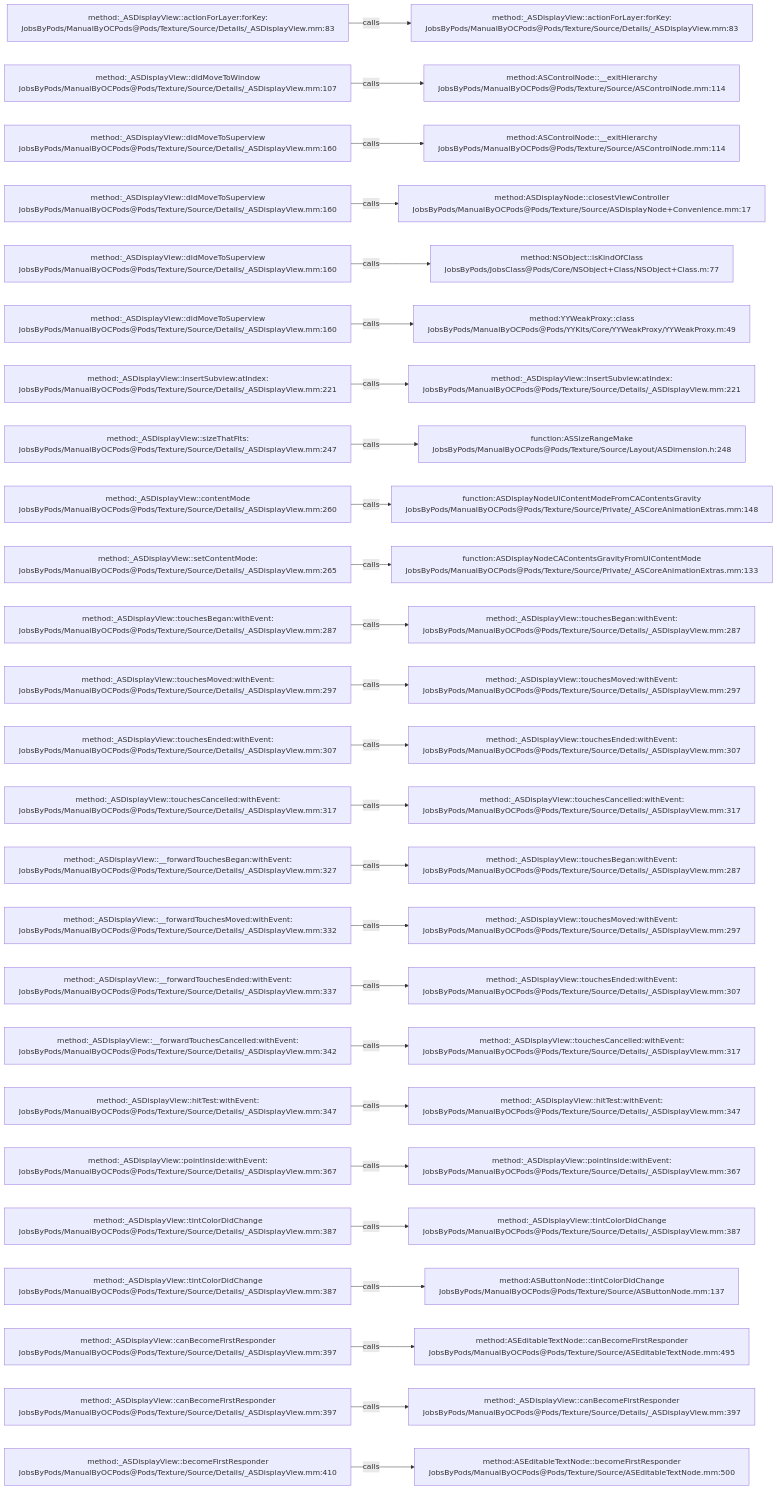
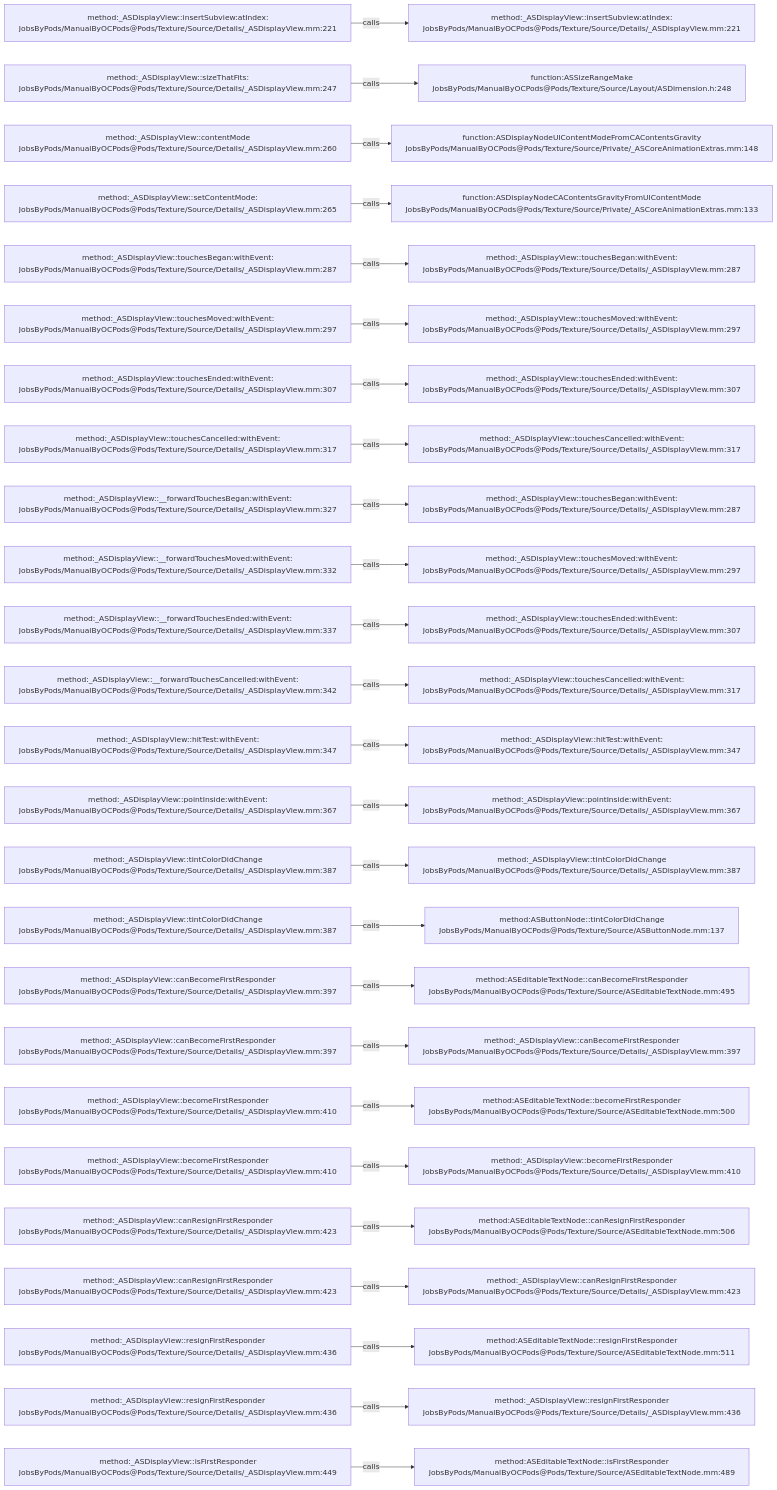
Before and after one commit to JobsKits/JobsOCBaseConfigDemo: the diagram in .codegraph/codegraph.md/graphs/calls-164.md, drawn with Mermaid. The commit also changed 666 other files, not shown here.

````diff
--- a/.codegraph/codegraph.md/graphs/calls-164.md
+++ b/.codegraph/codegraph.md/graphs/calls-164.md
@@ -13,78 +13,78 @@
 ```mermaid
 flowchart LR
-  S1["method:_ASDisplayView::actionForLayer:forKey:<br/>JobsByPods/ManualByOCPods@Pods/Texture/Source/Details/_ASDisplayView.mm:83"]
-  T1["method:_ASDisplayView::actionForLayer:forKey:<br/>JobsByPods/ManualByOCPods@Pods/Texture/Source/Details/_ASDisplayView.mm:83"]
+  S1["method:_ASDisplayView::insertSubview:atIndex:<br/>JobsByPods/ManualByOCPods@Pods/Texture/Source/Details/_ASDisplayView.mm:221"]
+  T1["method:_ASDisplayView::insertSubview:atIndex:<br/>JobsByPods/ManualByOCPods@Pods/Texture/Source/Details/_ASDisplayView.mm:221"]
   S1 -->|calls| T1
-  S2["method:_ASDisplayView::didMoveToWindow<br/>JobsByPods/ManualByOCPods@Pods/Texture/Source/Details/_ASDisplayView.mm:107"]
-  T2["method:ASControlNode::__exitHierarchy<br/>JobsByPods/ManualByOCPods@Pods/Texture/Source/ASControlNode.mm:114"]
+  S2["method:_ASDisplayView::sizeThatFits:<br/>JobsByPods/ManualByOCPods@Pods/Texture/Source/Details/_ASDisplayView.mm:247"]
+  T2["function:ASSizeRangeMake<br/>JobsByPods/ManualByOCPods@Pods/Texture/Source/Layout/ASDimension.h:248"]
   S2 -->|calls| T2
-  S3["method:_ASDisplayView::didMoveToSuperview<br/>JobsByPods/ManualByOCPods@Pods/Texture/Source/Details/_ASDisplayView.mm:160"]
-  T3["method:ASControlNode::__exitHierarchy<br/>JobsByPods/ManualByOCPods@Pods/Texture/Source/ASControlNode.mm:114"]
+  S3["method:_ASDisplayView::contentMode<br/>JobsByPods/ManualByOCPods@Pods/Texture/Source/Details/_ASDisplayView.mm:260"]
+  T3["function:ASDisplayNodeUIContentModeFromCAContentsGravity<br/>JobsByPods/ManualByOCPods@Pods/Texture/Source/Private/_ASCoreAnimationExtras.mm:148"]
   S3 -->|calls| T3
-  S4["method:_ASDisplayView::didMoveToSuperview<br/>JobsByPods/ManualByOCPods@Pods/Texture/Source/Details/_ASDisplayView.mm:160"]
-  T4["method:ASDisplayNode::closestViewController<br/>JobsByPods/ManualByOCPods@Pods/Texture/Source/ASDisplayNode+Convenience.mm:17"]
+  S4["method:_ASDisplayView::setContentMode:<br/>JobsByPods/ManualByOCPods@Pods/Texture/Source/Details/_ASDisplayView.mm:265"]
+  T4["function:ASDisplayNodeCAContentsGravityFromUIContentMode<br/>JobsByPods/ManualByOCPods@Pods/Texture/Source/Private/_ASCoreAnimationExtras.mm:133"]
   S4 -->|calls| T4
-  S5["method:_ASDisplayView::didMoveToSuperview<br/>JobsByPods/ManualByOCPods@Pods/Texture/Source/Details/_ASDisplayView.mm:160"]
-  T5["method:NSObject::isKindOfClass<br/>JobsByPods/JobsClass@Pods/Core/NSObject+Class/NSObject+Class.m:77"]
+  S5["method:_ASDisplayView::touchesBegan:withEvent:<br/>JobsByPods/ManualByOCPods@Pods/Texture/Source/Details/_ASDisplayView.mm:287"]
+  T5["method:_ASDisplayView::touchesBegan:withEvent:<br/>JobsByPods/ManualByOCPods@Pods/Texture/Source/Details/_ASDisplayView.mm:287"]
   S5 -->|calls| T5
-  S6["method:_ASDisplayView::didMoveToSuperview<br/>JobsByPods/ManualByOCPods@Pods/Texture/Source/Details/_ASDisplayView.mm:160"]
-  T6["method:YYWeakProxy::class<br/>JobsByPods/ManualByOCPods@Pods/YYKits/Core/YYWeakProxy/YYWeakProxy.m:49"]
+  S6["method:_ASDisplayView::touchesMoved:withEvent:<br/>JobsByPods/ManualByOCPods@Pods/Texture/Source/Details/_ASDisplayView.mm:297"]
+  T6["method:_ASDisplayView::touchesMoved:withEvent:<br/>JobsByPods/ManualByOCPods@Pods/Texture/Source/Details/_ASDisplayView.mm:297"]
   S6 -->|calls| T6
-  S7["method:_ASDisplayView::insertSubview:atIndex:<br/>JobsByPods/ManualByOCPods@Pods/Texture/Source/Details/_ASDisplayView.mm:221"]
-  T7["method:_ASDisplayView::insertSubview:atIndex:<br/>JobsByPods/ManualByOCPods@Pods/Texture/Source/Details/_ASDisplayView.mm:221"]
+  S7["method:_ASDisplayView::touchesEnded:withEvent:<br/>JobsByPods/ManualByOCPods@Pods/Texture/Source/Details/_ASDisplayView.mm:307"]
+  T7["method:_ASDisplayView::touchesEnded:withEvent:<br/>JobsByPods/ManualByOCPods@Pods/Texture/Source/Details/_ASDisplayView.mm:307"]
   S7 -->|calls| T7
-  S8["method:_ASDisplayView::sizeThatFits:<br/>JobsByPods/ManualByOCPods@Pods/Texture/Source/Details/_ASDisplayView.mm:247"]
-  T8["function:ASSizeRangeMake<br/>JobsByPods/ManualByOCPods@Pods/Texture/Source/Layout/ASDimension.h:248"]
+  S8["method:_ASDisplayView::touchesCancelled:withEvent:<br/>JobsByPods/ManualByOCPods@Pods/Texture/Source/Details/_ASDisplayView.mm:317"]
+  T8["method:_ASDisplayView::touchesCancelled:withEvent:<br/>JobsByPods/ManualByOCPods@Pods/Texture/Source/Details/_ASDisplayView.mm:317"]
   S8 -->|calls| T8
-  S9["method:_ASDisplayView::contentMode<br/>JobsByPods/ManualByOCPods@Pods/Texture/Source/Details/_ASDisplayView.mm:260"]
-  T9["function:ASDisplayNodeUIContentModeFromCAContentsGravity<br/>JobsByPods/ManualByOCPods@Pods/Texture/Source/Private/_ASCoreAnimationExtras.mm:148"]
+  S9["method:_ASDisplayView::__forwardTouchesBegan:withEvent:<br/>JobsByPods/ManualByOCPods@Pods/Texture/Source/Details/_ASDisplayView.mm:327"]
+  T9["method:_ASDisplayView::touchesBegan:withEvent:<br/>JobsByPods/ManualByOCPods@Pods/Texture/Source/Details/_ASDisplayView.mm:287"]
   S9 -->|calls| T9
-  S10["method:_ASDisplayView::setContentMode:<br/>JobsByPods/ManualByOCPods@Pods/Texture/Source/Details/_ASDisplayView.mm:265"]
-  T10["function:ASDisplayNodeCAContentsGravityFromUIContentMode<br/>JobsByPods/ManualByOCPods@Pods/Texture/Source/Private/_ASCoreAnimationExtras.mm:133"]
+  S10["method:_ASDisplayView::__forwardTouchesMoved:withEvent:<br/>JobsByPods/ManualByOCPods@Pods/Texture/Source/Details/_ASDisplayView.mm:332"]
+  T10["method:_ASDisplayView::touchesMoved:withEvent:<br/>JobsByPods/ManualByOCPods@Pods/Texture/Source/Details/_ASDisplayView.mm:297"]
   S10 -->|calls| T10
-  S11["method:_ASDisplayView::touchesBegan:withEvent:<br/>JobsByPods/ManualByOCPods@Pods/Texture/Source/Details/_ASDisplayView.mm:287"]
-  T11["method:_ASDisplayView::touchesBegan:withEvent:<br/>JobsByPods/ManualByOCPods@Pods/Texture/Source/Details/_ASDisplayView.mm:287"]
+  S11["method:_ASDisplayView::__forwardTouchesEnded:withEvent:<br/>JobsByPods/ManualByOCPods@Pods/Texture/Source/Details/_ASDisplayView.mm:337"]
+  T11["method:_ASDisplayView::touchesEnded:withEvent:<br/>JobsByPods/ManualByOCPods@Pods/Texture/Source/Details/_ASDisplayView.mm:307"]
   S11 -->|calls| T11
-  S12["method:_ASDisplayView::touchesMoved:withEvent:<br/>JobsByPods/ManualByOCPods@Pods/Texture/Source/Details/_ASDisplayView.mm:297"]
-  T12["method:_ASDisplayView::touchesMoved:withEvent:<br/>JobsByPods/ManualByOCPods@Pods/Texture/Source/Details/_ASDisplayView.mm:297"]
+  S12["method:_ASDisplayView::__forwardTouchesCancelled:withEvent:<br/>JobsByPods/ManualByOCPods@Pods/Texture/Source/Details/_ASDisplayView.mm:342"]
+  T12["method:_ASDisplayView::touchesCancelled:withEvent:<br/>JobsByPods/ManualByOCPods@Pods/Texture/Source/Details/_ASDisplayView.mm:317"]
   S12 -->|calls| T12
-  S13["method:_ASDisplayView::touchesEnded:withEvent:<br/>JobsByPods/ManualByOCPods@Pods/Texture/Source/Details/_ASDisplayView.mm:307"]
-  T13["method:_ASDisplayView::touchesEnded:withEvent:<br/>JobsByPods/ManualByOCPods@Pods/Texture/Source/Details/_ASDisplayView.mm:307"]
+  S13["method:_ASDisplayView::hitTest:withEvent:<br/>JobsByPods/ManualByOCPods@Pods/Texture/Source/Details/_ASDisplayView.mm:347"]
+  T13["method:_ASDisplayView::hitTest:withEvent:<br/>JobsByPods/ManualByOCPods@Pods/Texture/Source/Details/_ASDisplayView.mm:347"]
   S13 -->|calls| T13
-  S14["method:_ASDisplayView::touchesCancelled:withEvent:<br/>JobsByPods/ManualByOCPods@Pods/Texture/Source/Details/_ASDisplayView.mm:317"]
-  T14["method:_ASDisplayView::touchesCancelled:withEvent:<br/>JobsByPods/ManualByOCPods@Pods/Texture/Source/Details/_ASDisplayView.mm:317"]
+  S14["method:_ASDisplayView::pointInside:withEvent:<br/>JobsByPods/ManualByOCPods@Pods/Texture/Source/Details/_ASDisplayView.mm:367"]
+  T14["method:_ASDisplayView::pointInside:withEvent:<br/>JobsByPods/ManualByOCPods@Pods/Texture/Source/Details/_ASDisplayView.mm:367"]
   S14 -->|calls| T14
-  S15["method:_ASDisplayView::__forwardTouchesBegan:withEvent:<br/>JobsByPods/ManualByOCPods@Pods/Texture/Source/Details/_ASDisplayView.mm:327"]
-  T15["method:_ASDisplayView::touchesBegan:withEvent:<br/>JobsByPods/ManualByOCPods@Pods/Texture/Source/Details/_ASDisplayView.mm:287"]
+  S15["method:_ASDisplayView::tintColorDidChange<br/>JobsByPods/ManualByOCPods@Pods/Texture/Source/Details/_ASDisplayView.mm:387"]
+  T15["method:_ASDisplayView::tintColorDidChange<br/>JobsByPods/ManualByOCPods@Pods/Texture/Source/Details/_ASDisplayView.mm:387"]
   S15 -->|calls| T15
-  S16["method:_ASDisplayView::__forwardTouchesMoved:withEvent:<br/>JobsByPods/ManualByOCPods@Pods/Texture/Source/Details/_ASDisplayView.mm:332"]
-  T16["method:_ASDisplayView::touchesMoved:withEvent:<br/>JobsByPods/ManualByOCPods@Pods/Texture/Source/Details/_ASDisplayView.mm:297"]
+  S16["method:_ASDisplayView::tintColorDidChange<br/>JobsByPods/ManualByOCPods@Pods/Texture/Source/Details/_ASDisplayView.mm:387"]
+  T16["method:ASButtonNode::tintColorDidChange<br/>JobsByPods/ManualByOCPods@Pods/Texture/Source/ASButtonNode.mm:137"]
   S16 -->|calls| T16
-  S17["method:_ASDisplayView::__forwardTouchesEnded:withEvent:<br/>JobsByPods/ManualByOCPods@Pods/Texture/Source/Details/_ASDisplayView.mm:337"]
-  T17["method:_ASDisplayView::touchesEnded:withEvent:<br/>JobsByPods/ManualByOCPods@Pods/Texture/Source/Details/_ASDisplayView.mm:307"]
+  S17["method:_ASDisplayView::canBecomeFirstResponder<br/>JobsByPods/ManualByOCPods@Pods/Texture/Source/Details/_ASDisplayView.mm:397"]
+  T17["method:ASEditableTextNode::canBecomeFirstResponder<br/>JobsByPods/ManualByOCPods@Pods/Texture/Source/ASEditableTextNode.mm:495"]
   S17 -->|calls| T17
-  S18["method:_ASDisplayView::__forwardTouchesCancelled:withEvent:<br/>JobsByPods/ManualByOCPods@Pods/Texture/Source/Details/_ASDisplayView.mm:342"]
-  T18["method:_ASDisplayView::touchesCancelled:withEvent:<br/>JobsByPods/ManualByOCPods@Pods/Texture/Source/Details/_ASDisplayView.mm:317"]
+  S18["method:_ASDisplayView::canBecomeFirstResponder<br/>JobsByPods/ManualByOCPods@Pods/Texture/Source/Details/_ASDisplayView.mm:397"]
+  T18["method:_ASDisplayView::canBecomeFirstResponder<br/>JobsByPods/ManualByOCPods@Pods/Texture/Source/Details/_ASDisplayView.mm:397"]
   S18 -->|calls| T18
-  S19["method:_ASDisplayView::hitTest:withEvent:<br/>JobsByPods/ManualByOCPods@Pods/Texture/Source/Details/_ASDisplayView.mm:347"]
-  T19["method:_ASDisplayView::hitTest:withEvent:<br/>JobsByPods/ManualByOCPods@Pods/Texture/Source/Details/_ASDisplayView.mm:347"]
+  S19["method:_ASDisplayView::becomeFirstResponder<br/>JobsByPods/ManualByOCPods@Pods/Texture/Source/Details/_ASDisplayView.mm:410"]
+  T19["method:ASEditableTextNode::becomeFirstResponder<br/>JobsByPods/ManualByOCPods@Pods/Texture/Source/ASEditableTextNode.mm:500"]
   S19 -->|calls| T19
-  S20["method:_ASDisplayView::pointInside:withEvent:<br/>JobsByPods/ManualByOCPods@Pods/Texture/Source/Details/_ASDisplayView.mm:367"]
-  T20["method:_ASDisplayView::pointInside:withEvent:<br/>JobsByPods/ManualByOCPods@Pods/Texture/Source/Details/_ASDisplayView.mm:367"]
+  S20["method:_ASDisplayView::becomeFirstResponder<br/>JobsByPods/ManualByOCPods@Pods/Texture/Source/Details/_ASDisplayView.mm:410"]
+  T20["method:_ASDisplayView::becomeFirstResponder<br/>JobsByPods/ManualByOCPods@Pods/Texture/Source/Details/_ASDisplayView.mm:410"]
   S20 -->|calls| T20
-  S21["method:_ASDisplayView::tintColorDidChange<br/>JobsByPods/ManualByOCPods@Pods/Texture/Source/Details/_ASDisplayView.mm:387"]
-  T21["method:_ASDisplayView::tintColorDidChange<br/>JobsByPods/ManualByOCPods@Pods/Texture/Source/Details/_ASDisplayView.mm:387"]
+  S21["method:_ASDisplayView::canResignFirstResponder<br/>JobsByPods/ManualByOCPods@Pods/Texture/Source/Details/_ASDisplayView.mm:423"]
+  T21["method:ASEditableTextNode::canResignFirstResponder<br/>JobsByPods/ManualByOCPods@Pods/Texture/Source/ASEditableTextNode.mm:506"]
   S21 -->|calls| T21
-  S22["method:_ASDisplayView::tintColorDidChange<br/>JobsByPods/ManualByOCPods@Pods/Texture/Source/Details/_ASDisplayView.mm:387"]
-  T22["method:ASButtonNode::tintColorDidChange<br/>JobsByPods/ManualByOCPods@Pods/Texture/Source/ASButtonNode.mm:137"]
+  S22["method:_ASDisplayView::canResignFirstResponder<br/>JobsByPods/ManualByOCPods@Pods/Texture/Source/Details/_ASDisplayView.mm:423"]
+  T22["method:_ASDisplayView::canResignFirstResponder<br/>JobsByPods/ManualByOCPods@Pods/Texture/Source/Details/_ASDisplayView.mm:423"]
   S22 -->|calls| T22
-  S23["method:_ASDisplayView::canBecomeFirstResponder<br/>JobsByPods/ManualByOCPods@Pods/Texture/Source/Details/_ASDisplayView.mm:397"]
-  T23["method:ASEditableTextNode::canBecomeFirstResponder<br/>JobsByPods/ManualByOCPods@Pods/Texture/Source/ASEditableTextNode.mm:495"]
+  S23["method:_ASDisplayView::resignFirstResponder<br/>JobsByPods/ManualByOCPods@Pods/Texture/Source/Details/_ASDisplayView.mm:436"]
+  T23["method:ASEditableTextNode::resignFirstResponder<br/>JobsByPods/ManualByOCPods@Pods/Texture/Source/ASEditableTextNode.mm:511"]
   S23 -->|calls| T23
-  S24["method:_ASDisplayView::canBecomeFirstResponder<br/>JobsByPods/ManualByOCPods@Pods/Texture/Source/Details/_ASDisplayView.mm:397"]
-  T24["method:_ASDisplayView::canBecomeFirstResponder<br/>JobsByPods/ManualByOCPods@Pods/Texture/Source/Details/_ASDisplayView.mm:397"]
+  S24["method:_ASDisplayView::resignFirstResponder<br/>JobsByPods/ManualByOCPods@Pods/Texture/Source/Details/_ASDisplayView.mm:436"]
+  T24["method:_ASDisplayView::resignFirstResponder<br/>JobsByPods/ManualByOCPods@Pods/Texture/Source/Details/_ASDisplayView.mm:436"]
   S24 -->|calls| T24
-  S25["method:_ASDisplayView::becomeFirstResponder<br/>JobsByPods/ManualByOCPods@Pods/Texture/Source/Details/_ASDisplayView.mm:410"]
-  T25["method:ASEditableTextNode::becomeFirstResponder<br/>JobsByPods/ManualByOCPods@Pods/Texture/Source/ASEditableTextNode.mm:500"]
+  S25["method:_ASDisplayView::isFirstResponder<br/>JobsByPods/ManualByOCPods@Pods/Texture/Source/Details/_ASDisplayView.mm:449"]
+  T25["method:ASEditableTextNode::isFirstResponder<br/>JobsByPods/ManualByOCPods@Pods/Texture/Source/ASEditableTextNode.mm:489"]
   S25 -->|calls| T25
 ```
````
